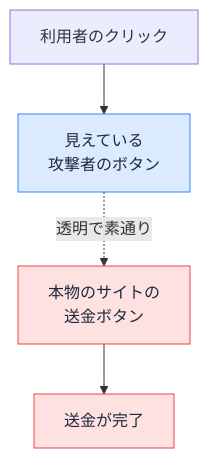
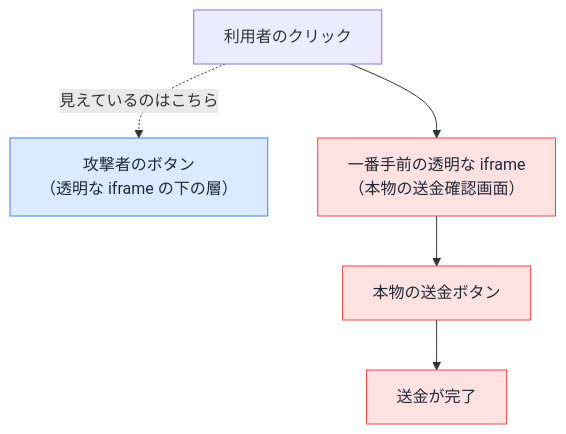
One commit to ozaki25/web-front-training-ozaki25 changed the diagram in docs/drafts/143/index.md. Above: the diagram before and after it, drawn with Mermaid. The commit also changed other lines of this file and 3 other files, not shown here.

Commit message:
セキュリティ下書きレビュー: 150 SQLi/132 CSP/134 3rd-party/143 クリックジャッキングを修正(定型AI節の解体・技術照合・143のSameSite条件付き化と図の描き直し)

````diff
--- a/docs/drafts/143/index.md
+++ b/docs/drafts/143/index.md
@@ -61,9 +61,11 @@
 ```mermaid
 flowchart TB
-  U["利用者のクリック"] --> V["見えている<br>攻撃者のボタン"]
-  V -.透明で素通り.-> F["本物のサイトの<br>送金ボタン"]
-  F --> R["送金が完了"]
+  U["利用者のクリック"] -. 見えているのはこちら .-> V["攻撃者のボタン<br>（透明な iframe の下の層）"]
+  U --> F["一番手前の透明な iframe<br>（本物の送金確認画面）"]
+  F --> B["本物の送金ボタン"]
+  B --> R["送金が完了"]
   style V fill:#dbeafe,color:#1e293b,stroke:#3b82f6
   style F fill:#fee2e2,color:#1e293b,stroke:#ef4444
+  style B fill:#fee2e2,color:#1e293b,stroke:#ef4444
   style R fill:#fee2e2,color:#1e293b,stroke:#ef4444
 ```
````
